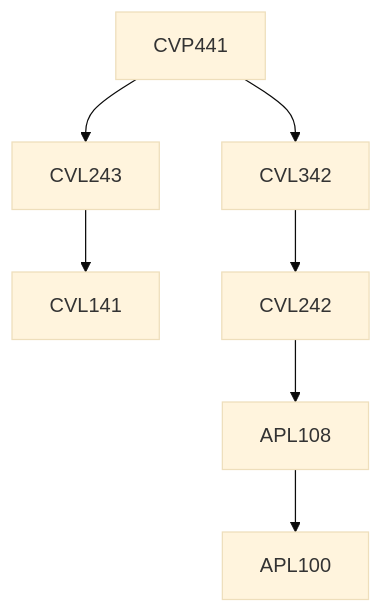
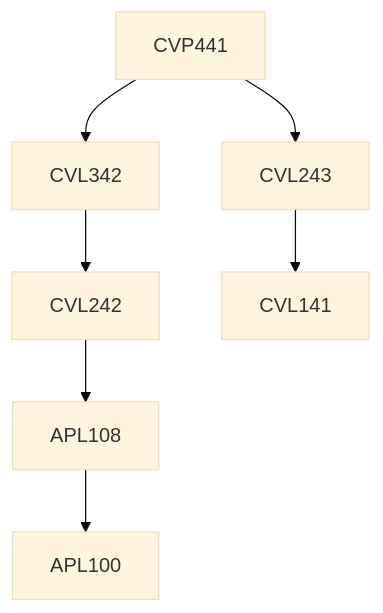
Before and after one commit to KeshavBansal0122/CoS_Website: the diagram in content/Civil Engineering/CVP441.md, drawn with Mermaid (base theme). The commit also changed other lines of this file and 392 other files, not shown here.

````diff
--- a/content/Civil Engineering/CVP441.md
+++ b/content/Civil Engineering/CVP441.md
@@ -15,13 +15,13 @@
 ```mermaid
 flowchart TD
 CVP441-1390[CVP441]
+CVL342-1390 --> CVL242-1390[CVL242]
+CVP441-1390 --> CVL243-1390[CVL243]
+APL108-1390 --> APL100-1390[APL100]
+CVP441-1390 --> CVL342-1390[CVL342]
 CVL243-1390 --> CVL141-1390[CVL141]
 CVL242-1390 --> APL108-1390[APL108]
-CVP441-1390 --> CVL342-1390[CVL342]
-CVP441-1390 --> CVL243-1390[CVL243]
-APL108-1390 --> APL100-1390[APL100]
-CVL342-1390 --> CVL242-1390[CVL242]
 
 classDef empty height:17px, fill:transparent, stroke:transparent;
 classDef trueEmpty height:0px, width:0px;
 ```
````
